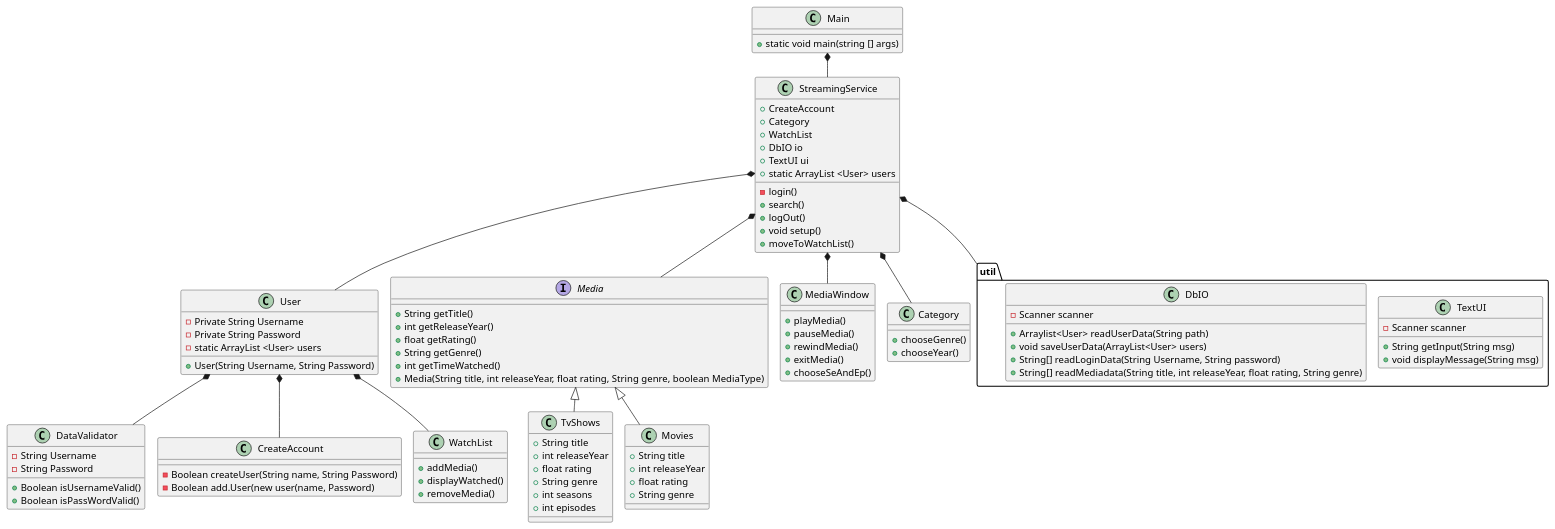
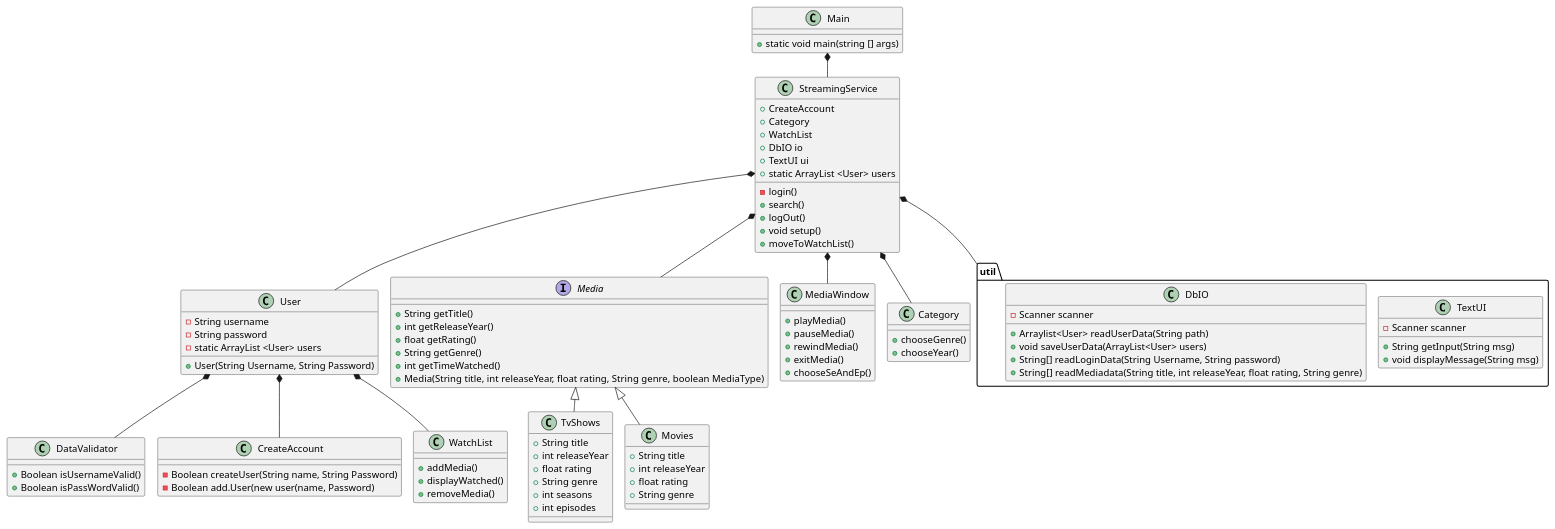
The diagram in doc/static/classdiagram.puml (PatrickPlease/SP3-Chillplease), drawn with PlantUML before and after one commit. The commit also changed 14 other files, not shown here.

```diff
--- a/doc/static/classdiagram.puml
+++ b/doc/static/classdiagram.puml
@@ -1,116 +1,115 @@
 @startuml
 'Domænemodellen giver nye entity klasser
 'Pakker, model og util
 !pragma layout smetana
 
 class Main
 class User
 class DataValidator
 class CreateAccount
 class WatchList
 interface Media
 class TvShows
 class Movies
 class MediaWindow
 class Category
 class StreamingService
 
 
 package "util"{
        class TextUI
        class DbIO
 }
 
 Main *-- StreamingService
 StreamingService *-- User
 User *-- DataValidator
 User *-- CreateAccount
 User *-- WatchList
 StreamingService *-- Media
 Media <|-- Movies
 Media <|-- TvShows
 StreamingService *-- MediaWindow
 StreamingService *-- util
 StreamingService *-- Category
 
 Main : + static void main(string [] args)
 
 StreamingService : + CreateAccount
 StreamingService : + Category
 StreamingService : + WatchList
 StreamingService : + DbIO io
 StreamingService : + TextUI ui
 StreamingService : + static ArrayList <User> users
 '---_new-----
 StreamingService : - login()
 StreamingService : + search()
 StreamingService : + logOut()
 StreamingService : + void setup()
 StreamingService : + moveToWatchList()
 '-----------
 
-User : - Private String Username
-User : - Private String Password
+User : - String username
+User : - String password
 User : - static ArrayList <User> users
 '---_new-----
 User : + User(String Username, String Password)
 
 '-----------
-DataValidator : - String Username
-DataValidator : - String Password
+
 '---_new-----
 DataValidator : + Boolean isUsernameValid()
 DataValidator : + Boolean isPassWordValid()
 '-----------
 
 CreateAccount : - Boolean createUser(String name, String Password)
 CreateAccount : - Boolean add.User(new user(name, Password)
 
 WatchList : + addMedia()
 WatchList : + displayWatched()
 WatchList : + removeMedia()
 
 
 Media : + String getTitle()
 Media : + int getReleaseYear()
 Media : + float getRating()
 Media : + String getGenre()
 Media : + int getTimeWatched()
 '---_new-----
 Media : + Media(String title, int releaseYear, float rating, String genre, boolean MediaType)
 '-----------
 
 TvShows : + String title
 TvShows : + int releaseYear
 TvShows : + float rating
 TvShows : + String genre
 TvShows : + int seasons
 TvShows : + int episodes
 
 Movies : + String title
 Movies : + int releaseYear
 Movies : + float rating
 Movies : + String genre
 
 MediaWindow : + playMedia()
 MediaWindow : + pauseMedia()
 MediaWindow : + rewindMedia()
 MediaWindow : + exitMedia()
 MediaWindow : + chooseSeAndEp()
 
 Category : + chooseGenre()
 Category : + chooseYear()
 
 DbIO : - Scanner scanner
 '---_new-----
 DbIO : + Arraylist<User> readUserData(String path)
 DbIO : + void saveUserData(ArrayList<User> users)
 DbIO : + String[] readLoginData(String Username, String password)
 DbIO : + String[] readMediadata(String title, int releaseYear, float rating, String genre)
 '-----------
 
 TextUI : + String getInput(String msg)
 TextUI : - Scanner scanner
 TextUI : + void displayMessage(String msg)
 
 @enduml
```
